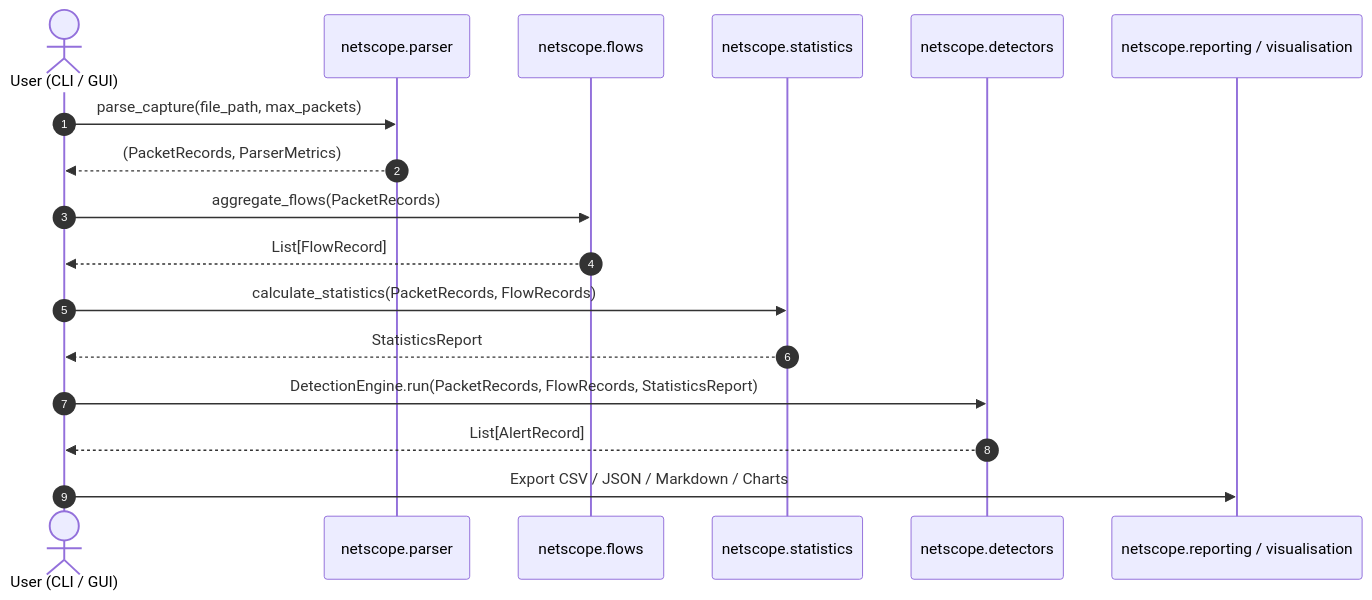
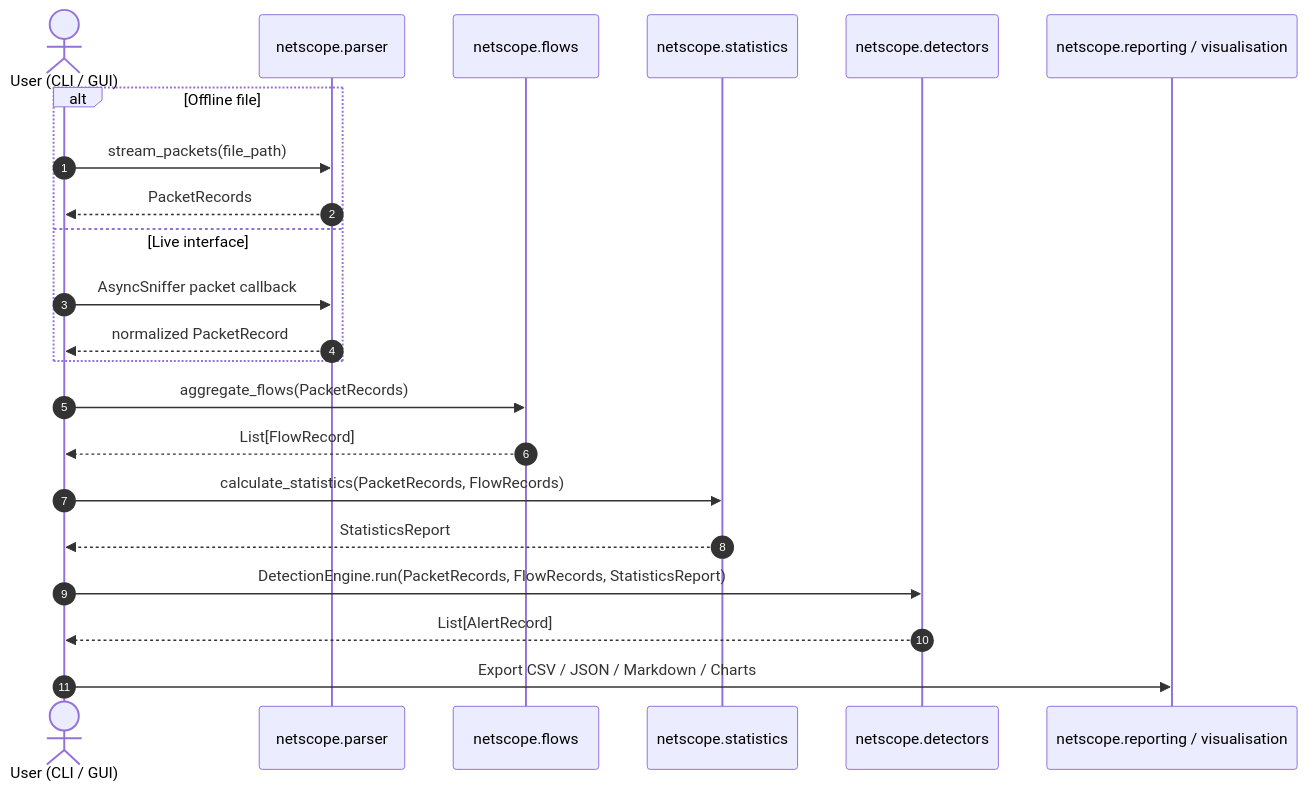
One commit to kavni-29/netscope changed the diagram in docs/architecture.md. Above: the diagram before and after it, drawn with Mermaid. The commit also changed other lines of this file and 8 other files, not shown here.

````diff
--- a/docs/architecture.md
+++ b/docs/architecture.md
@@ -51,20 +53,25 @@
 ```mermaid
 sequenceDiagram
     autonumber
     actor User as User (CLI / GUI)
     participant Parser as netscope.parser
     participant FlowEngine as netscope.flows
     participant StatsEngine as netscope.statistics
     participant DetectEngine as netscope.detectors
     participant Reporting as netscope.reporting / visualisation
 
-    User->>Parser: parse_capture(file_path, max_packets)
-    Parser-->>User: (PacketRecords, ParserMetrics)
+    alt Offline file
+        User->>Parser: stream_packets(file_path)
+        Parser-->>User: PacketRecords
+    else Live interface
+        User->>Parser: AsyncSniffer packet callback
+        Parser-->>User: normalized PacketRecord
+    end
     User->>FlowEngine: aggregate_flows(PacketRecords)
     FlowEngine-->>User: List[FlowRecord]
     User->>StatsEngine: calculate_statistics(PacketRecords, FlowRecords)
     StatsEngine-->>User: StatisticsReport
     User->>DetectEngine: DetectionEngine.run(PacketRecords, FlowRecords, StatisticsReport)
     DetectEngine-->>User: List[AlertRecord]
     User->>Reporting: Export CSV / JSON / Markdown / Charts
 ```
````
